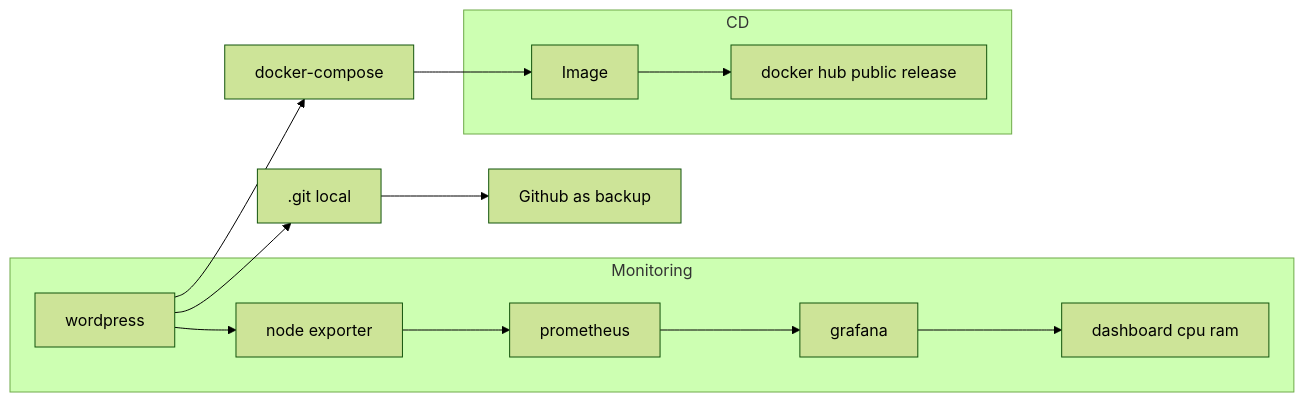
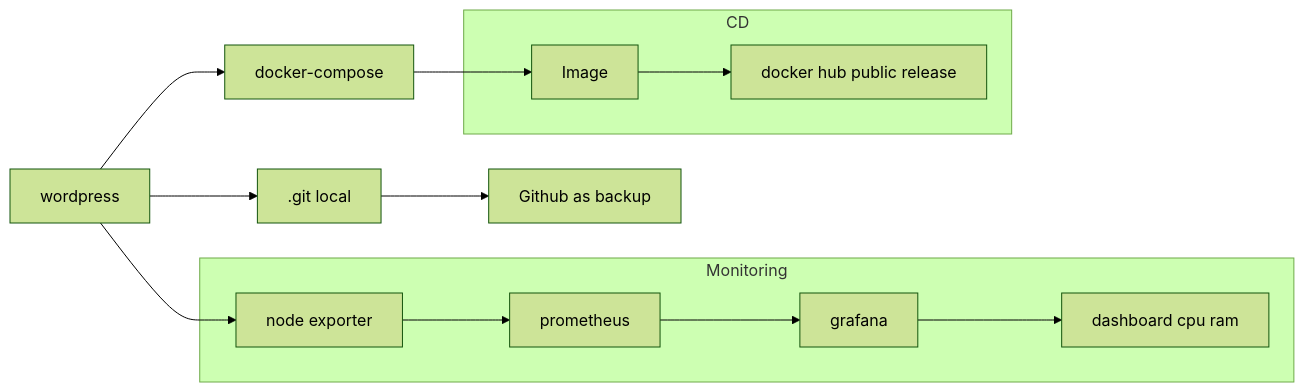
One commit to DanyAAD90/CICD_complete_from_scratch changed the diagram in README.md. Above: the diagram before and after it, drawn with Mermaid (forest theme). The commit also changed other lines of this file, not shown here.

````diff
--- a/README.md
+++ b/README.md
@@ -5,16 +5,16 @@
 ```mermaid
 flowchart LR
 A[wordpress] --> B[.git local]
+A --> G[node exporter]
 subgraph Monitoring
-A --> G[node exporter]
 G --> H[prometheus]
 H --> I[grafana]
 I --> J[dashboard cpu ram]
 end
 B --> C[Github as backup]
 A --> D[docker-compose]
 D --> E[Image]
 subgraph CD
 E --> F[docker hub public release]
 end
 ```
````
